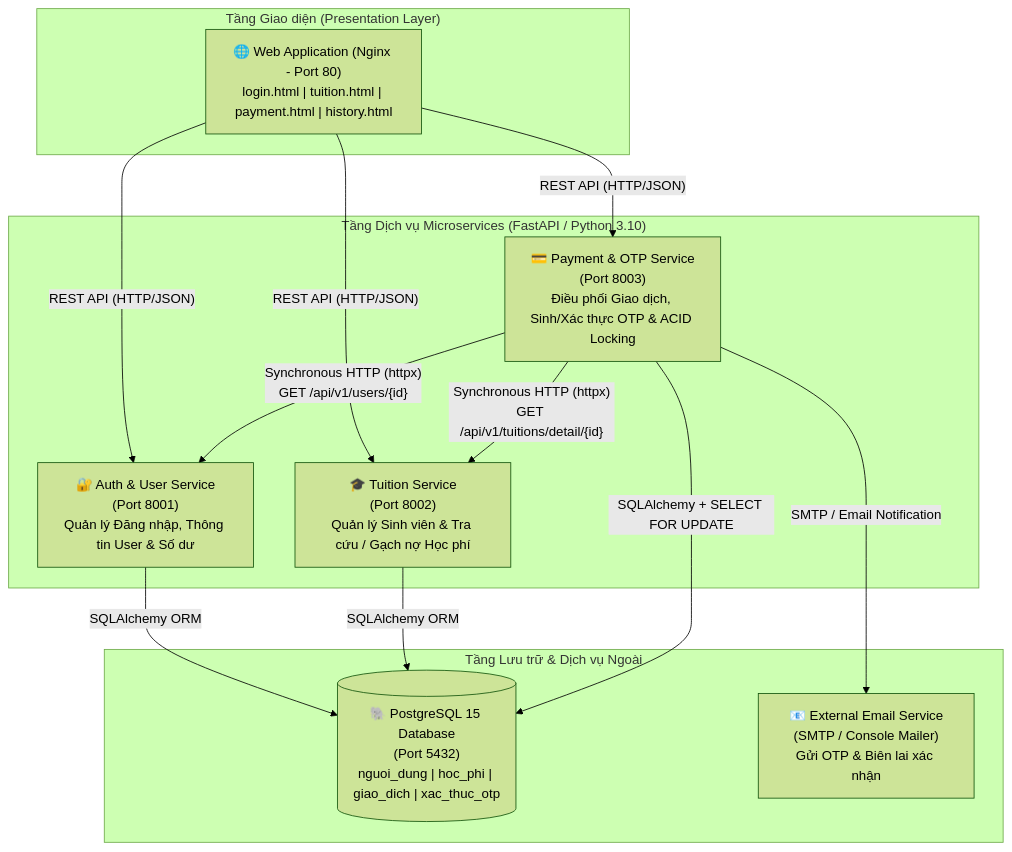
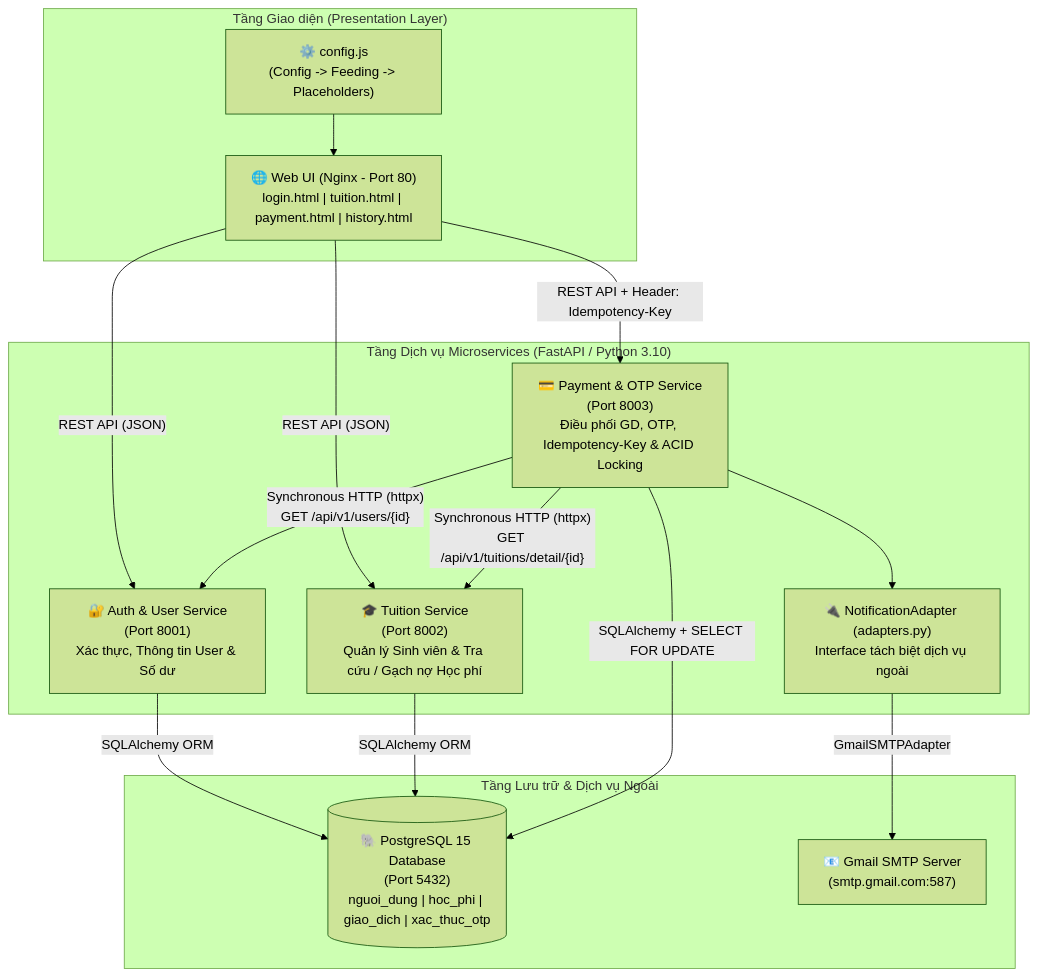
Before and after one commit to giakhiem090206-tech/Midterm-Kien-Truc-HDV: the third of 4 diagrams in README.md, drawn with Mermaid (forest theme). The commit also changed other lines of this file, not shown here.

````diff
--- a/README.md
+++ b/README.md
@@ -112,29 +143,33 @@
 ```mermaid
 flowchart TB
     subgraph ClientLayer["Tầng Giao diện (Presentation Layer)"]
-        Browser["🌐 Web Application (Nginx - Port 80)\nlogin.html | tuition.html | payment.html | history.html"]
+        ConfigJS["⚙️ config.js\n(Config -> Feeding -> Placeholders)"]
+        Browser["🌐 Web UI (Nginx - Port 80)\nlogin.html | tuition.html | payment.html | history.html"]
+        ConfigJS --> Browser
     end
 
     subgraph ServiceLayer["Tầng Dịch vụ Microservices (FastAPI / Python 3.10)"]
-        AuthSvc["🔐 Auth & User Service\n(Port 8001)\nQuản lý Đăng nhập, Thông tin User & Số dư"]
+        AuthSvc["🔐 Auth & User Service\n(Port 8001)\nXác thực, Thông tin User & Số dư"]
         TuitionSvc["🎓 Tuition Service\n(Port 8002)\nQuản lý Sinh viên & Tra cứu / Gạch nợ Học phí"]
-        PaymentSvc["💳 Payment & OTP Service\n(Port 8003)\nĐiều phối Giao dịch, Sinh/Xác thực OTP & ACID Locking"]
+        PaymentSvc["💳 Payment & OTP Service\n(Port 8003)\nĐiều phối GD, OTP, Idempotency-Key & ACID Locking"]
+        Adapter["🔌 NotificationAdapter (adapters.py)\nInterface tách biệt dịch vụ ngoài"]
     end
 
-    subgraph DataLayer["Tầng Lưu trữ & Dịch vụ Ngoài"]
+    subgraph ExternalAndDataLayer["Tầng Lưu trữ & Dịch vụ Ngoài"]
         DB[("🐘 PostgreSQL 15 Database\n(Port 5432)\nnguoi_dung | hoc_phi | giao_dich | xac_thuc_otp")]
-        SMTP["📧 External Email Service\n(SMTP / Console Mailer)\nGửi OTP & Biên lai xác nhận"]
+        GmailSMTP["📧 Gmail SMTP Server\n(smtp.gmail.com:587)"]
     end
 
-    Browser -->|"REST API (HTTP/JSON)"| AuthSvc
-    Browser -->|"REST API (HTTP/JSON)"| TuitionSvc
-    Browser -->|"REST API (HTTP/JSON)"| PaymentSvc
+    Browser -->|"REST API (JSON)"| AuthSvc
+    Browser -->|"REST API (JSON)"| TuitionSvc
+    Browser -->|"REST API + Header: Idempotency-Key"| PaymentSvc
 
     PaymentSvc -->|"Synchronous HTTP (httpx)\nGET /api/v1/users/{id}"| AuthSvc
     PaymentSvc -->|"Synchronous HTTP (httpx)\nGET /api/v1/tuitions/detail/{id}"| TuitionSvc
-    PaymentSvc -->|"SMTP / Email Notification"| SMTP
+    PaymentSvc --> Adapter
+    Adapter -->|"GmailSMTPAdapter"| GmailSMTP
 
     AuthSvc -->|"SQLAlchemy ORM"| DB
     TuitionSvc -->|"SQLAlchemy ORM"| DB
     PaymentSvc -->|"SQLAlchemy + SELECT FOR UPDATE"| DB
 ```
````
